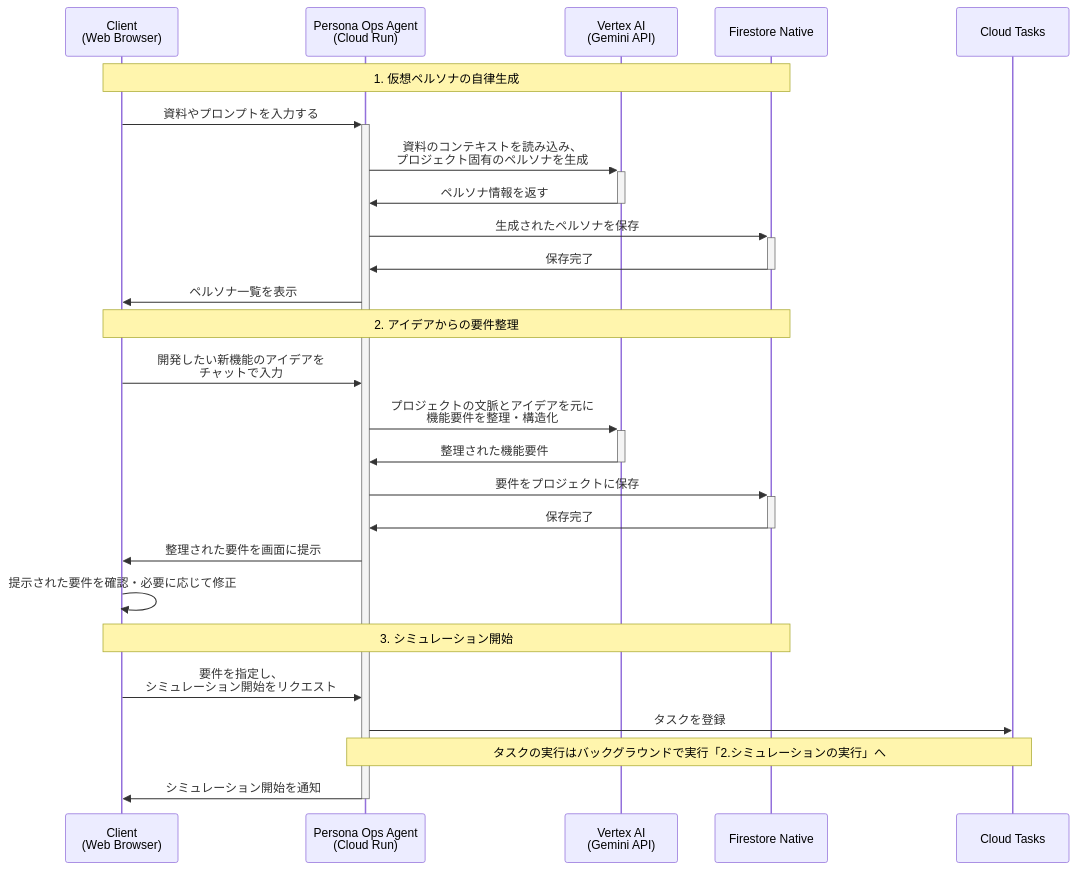
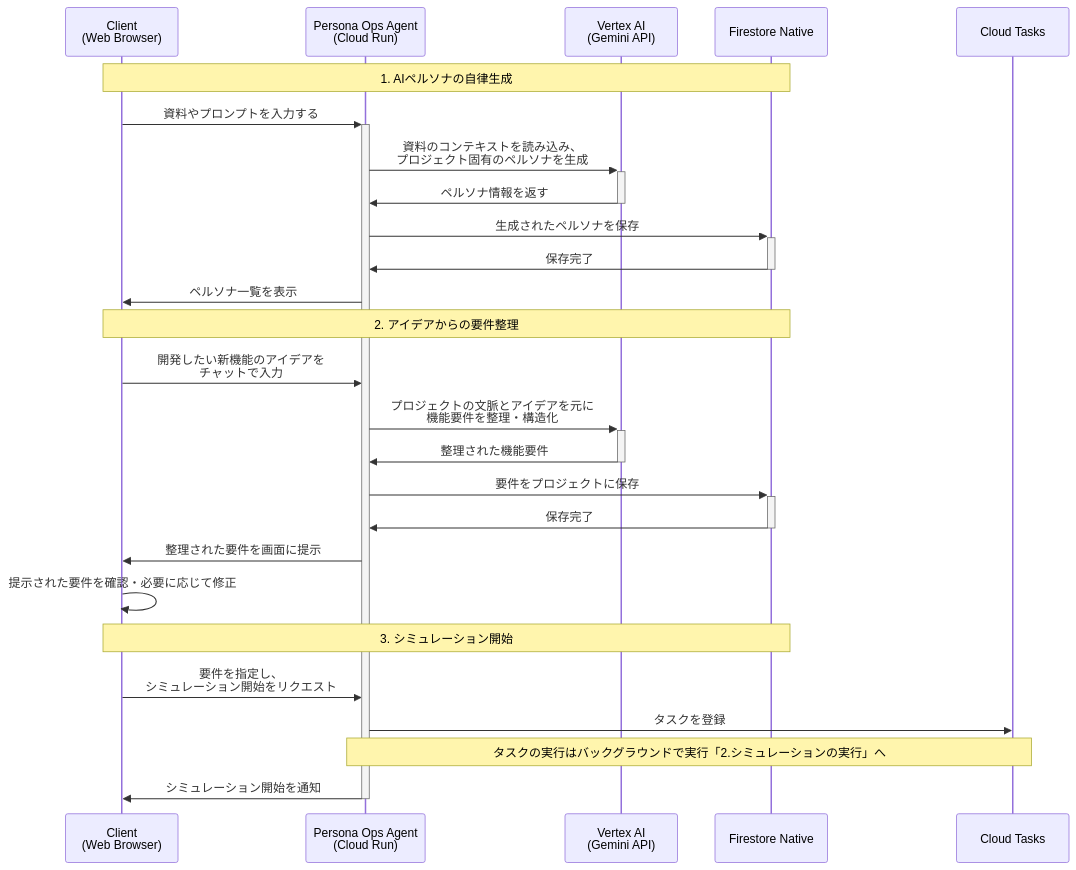
One commit to teritamas/persona-ops changed the first of 2 diagrams in README.md. Above: the diagram before and after it, drawn with Mermaid. The commit also changed other lines of this file and 6 other files, not shown here.

````diff
--- a/README.md
+++ b/README.md
@@ -28,34 +28,34 @@
 ```mermaid
 sequenceDiagram
     participant Client as Client<br/>(Web Browser)
     participant Agent as Persona Ops Agent<br/>(Cloud Run)
     participant Gemini as Vertex AI<br/>(Gemini API)
     participant DB as Firestore Native
     participant Tasks as Cloud Tasks
 
     %% ペルソナ生成フェーズ
-    Note over Client, DB: 1. 仮想ペルソナの自律生成
+    Note over Client, DB: 1. AIペルソナの自律生成
     Client->>+Agent: 資料やプロンプトを入力する
     Agent->>+Gemini: 資料のコンテキストを読み込み、<br/>プロジェクト固有のペルソナを生成
     Gemini->>-Agent: ペルソナ情報を返す
     Agent->>+DB: 生成されたペルソナを保存
     DB->>-Agent: 保存完了
     Agent->>Client: ペルソナ一覧を表示
 
     %% 要件定義フェーズ
     Note over Client, DB: 2. アイデアからの要件整理
     Client->>Agent: 開発したい新機能のアイデアを<br/>チャットで入力
     Agent->>+Gemini: プロジェクトの文脈とアイデアを元に<br/>機能要件を整理・構造化
     Gemini->>-Agent: 整理された機能要件
     Agent->>+DB: 要件をプロジェクトに保存
     DB->>-Agent: 保存完了
     Agent->>Client: 整理された要件を画面に提示
     Client->>Client: 提示された要件を確認・必要に応じて修正
 
     %% シミュレーション実行への移行
     Note over Client, DB: 3. シミュレーション開始
     Client->>Agent: 要件を指定し、<br/>シミュレーション開始をリクエスト
     Agent->>Tasks: タスクを登録
     Note over Agent, Tasks: タスクの実行はバックグラウンドで実行「2.シミュレーションの実行」へ
     Agent->>-Client: シミュレーション開始を通知
 ```
````
